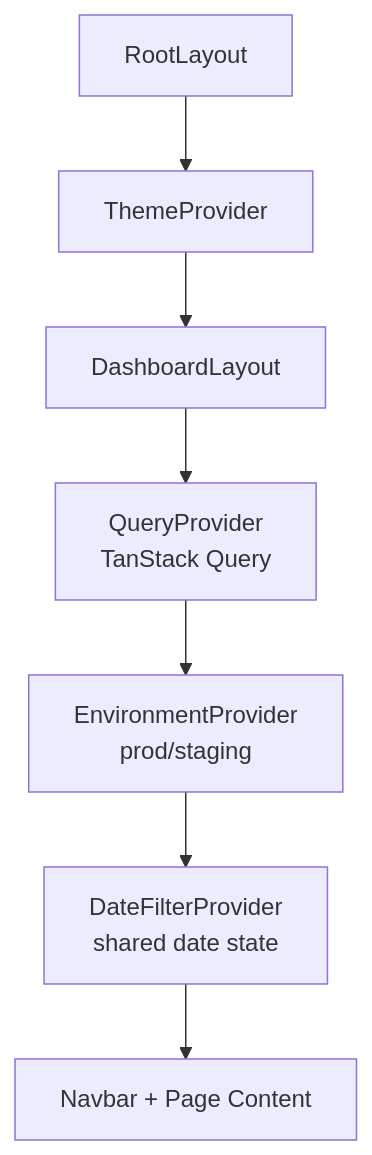
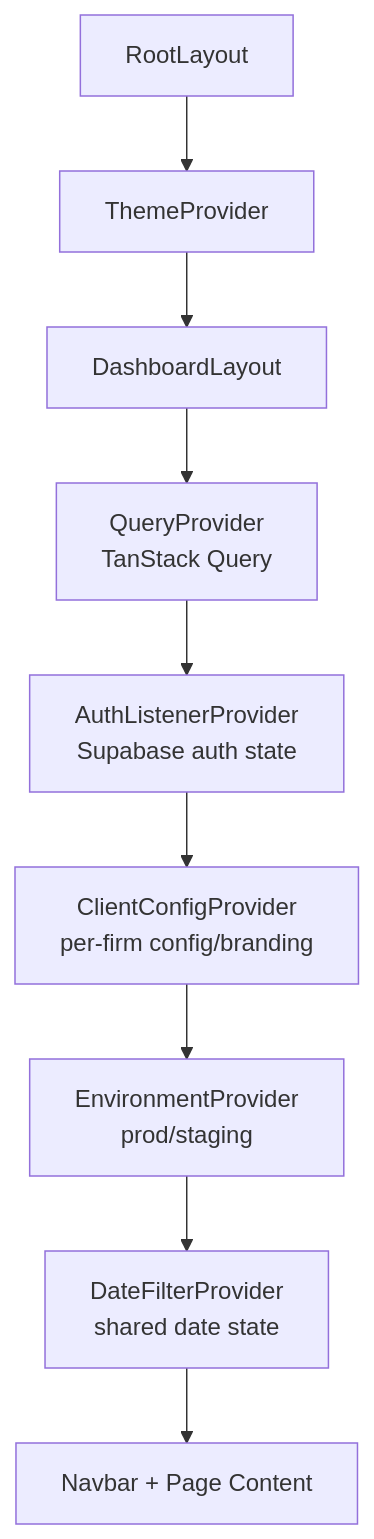
The diagram in docs/HOOKS-AND-PROVIDERS.md (NachiketsinghKandari/AI-Receptionist-Dashboard), drawn with Mermaid before and after one commit. The commit also changed other lines of this file and 6 other files, not shown here.

````diff
--- a/docs/HOOKS-AND-PROVIDERS.md
+++ b/docs/HOOKS-AND-PROVIDERS.md
@@ -7,9 +7,11 @@
 ```mermaid
 graph TD
     A[RootLayout] --> B[ThemeProvider]
     B --> C[DashboardLayout]
     C --> D[QueryProvider<br/>TanStack Query]
-    D --> E[EnvironmentProvider<br/>prod/staging]
-    E --> F[DateFilterProvider<br/>shared date state]
-    F --> G[Navbar + Page Content]
+    D --> E[AuthListenerProvider<br/>Supabase auth state]
+    E --> F[ClientConfigProvider<br/>per-firm config/branding]
+    F --> G[EnvironmentProvider<br/>prod/staging]
+    G --> H[DateFilterProvider<br/>shared date state]
+    H --> I[Navbar + Page Content]
 ```
````
